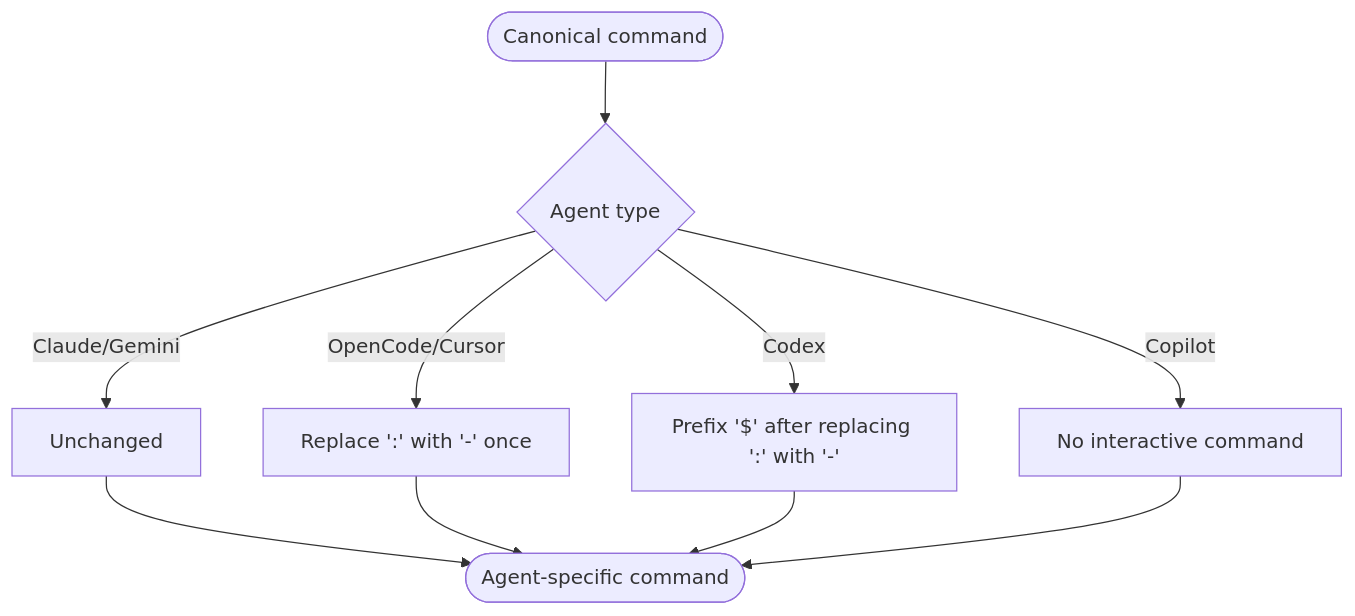
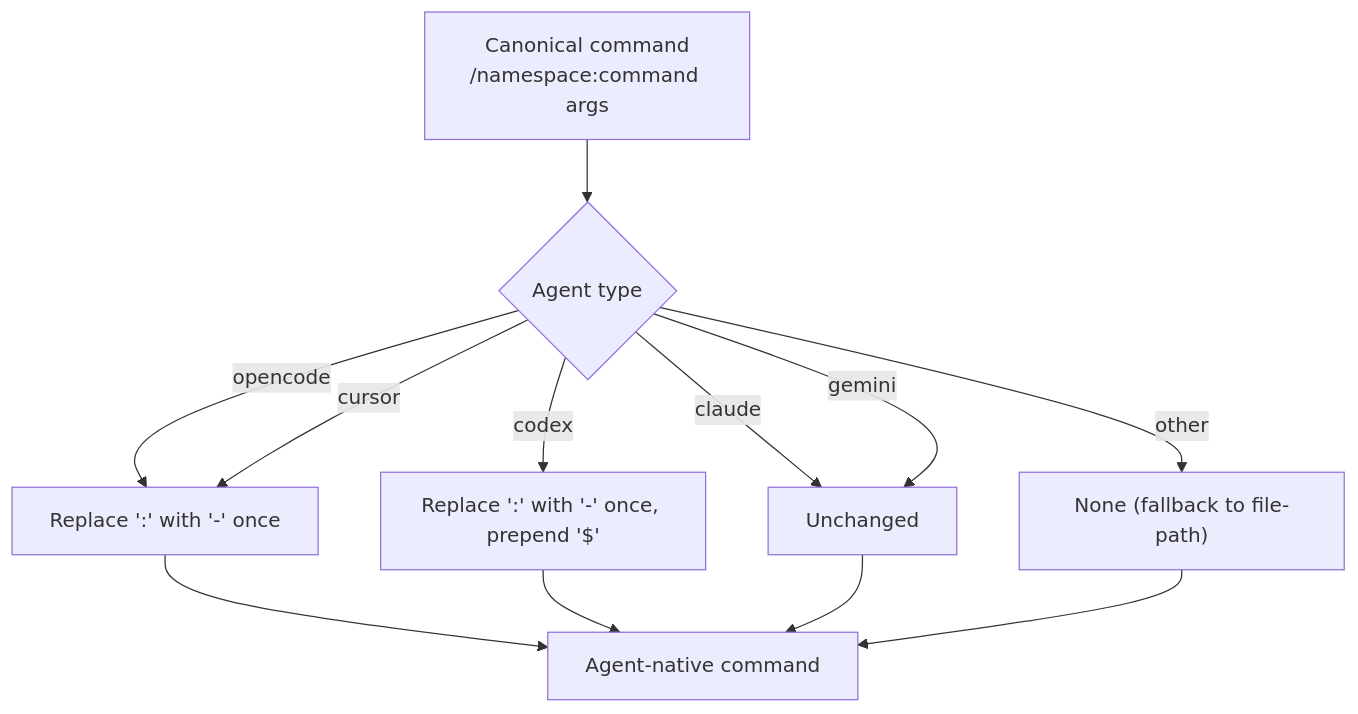
Before and after one commit to bramburn/agtx: the fifth of 8 diagrams in .qoder/repowiki/en/content/Agent Integration/Agent Integration.md, drawn with Mermaid. The commit also changed other lines of this file and 140 other files, not shown here.

````diff
--- a/.qoder/repowiki/en/content/Agent Integration/Agent Integration.md
+++ b/.qoder/repowiki/en/content/Agent Integration/Agent Integration.md
@@ -145,12 +224,14 @@
 ```mermaid
 flowchart TD
-Start(["Canonical command"]) --> CheckAgent{"Agent type"}
-CheckAgent --> |Claude/Gemini| Keep["Unchanged"]
-CheckAgent --> |OpenCode/Cursor| Hyphen["Replace ':' with '-' once"]
-CheckAgent --> |Codex| Dollar["Prefix '$' after replacing ':' with '-'"]
-CheckAgent --> |Copilot| Skip["No interactive command"]
-Keep --> End(["Agent-specific command"])
-Hyphen --> End
-Dollar --> End
-Skip --> End
+InCmd["Canonical command<br/>/namespace:command args"] --> CheckAgent{"Agent type"}
+CheckAgent --> |claude| Keep["Unchanged"]
+CheckAgent --> |gemini| Keep
+CheckAgent --> |opencode| Hyphen["Replace ':' with '-' once"]
+CheckAgent --> |codex| HyphenDol["Replace ':' with '-' once, prepend '$'"]
+CheckAgent --> |cursor| Hyphen
+CheckAgent --> |other| Fallback["None (fallback to file-path)"]
+Hyphen --> OutCmd["Agent-native command"]
+HyphenDol --> OutCmd
+Keep --> OutCmd
+Fallback --> OutCmd
 ```
````
